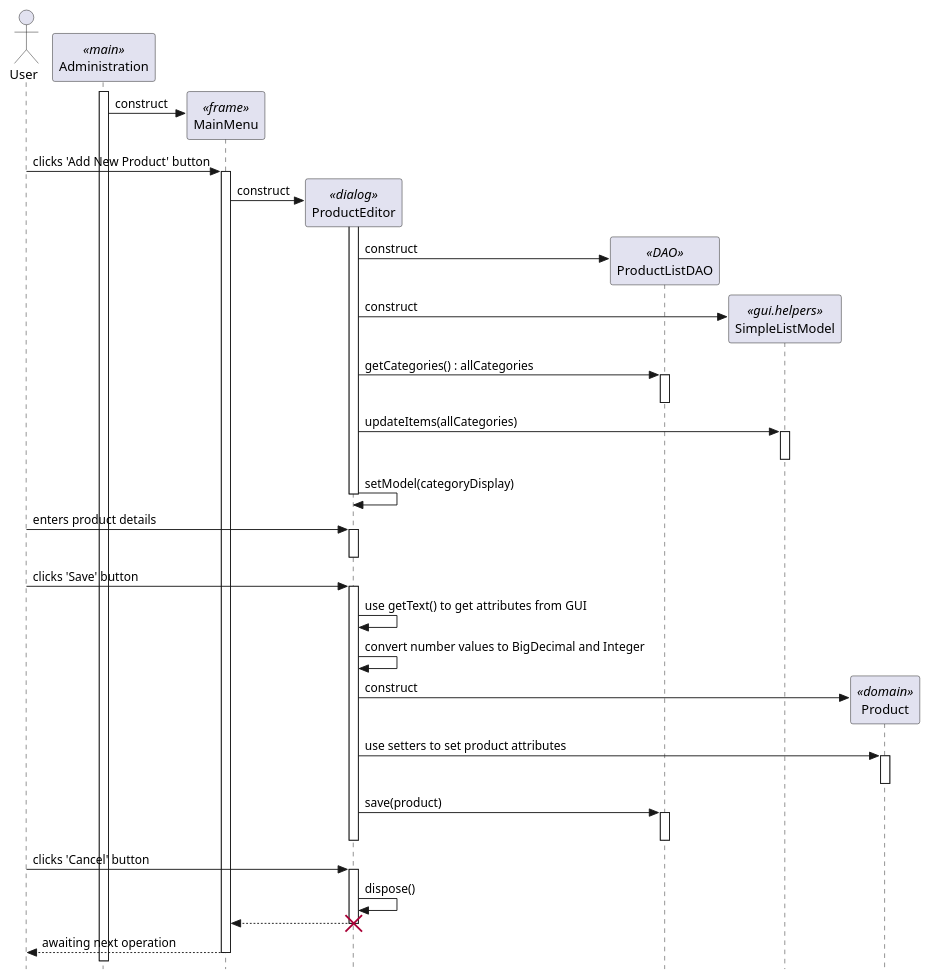
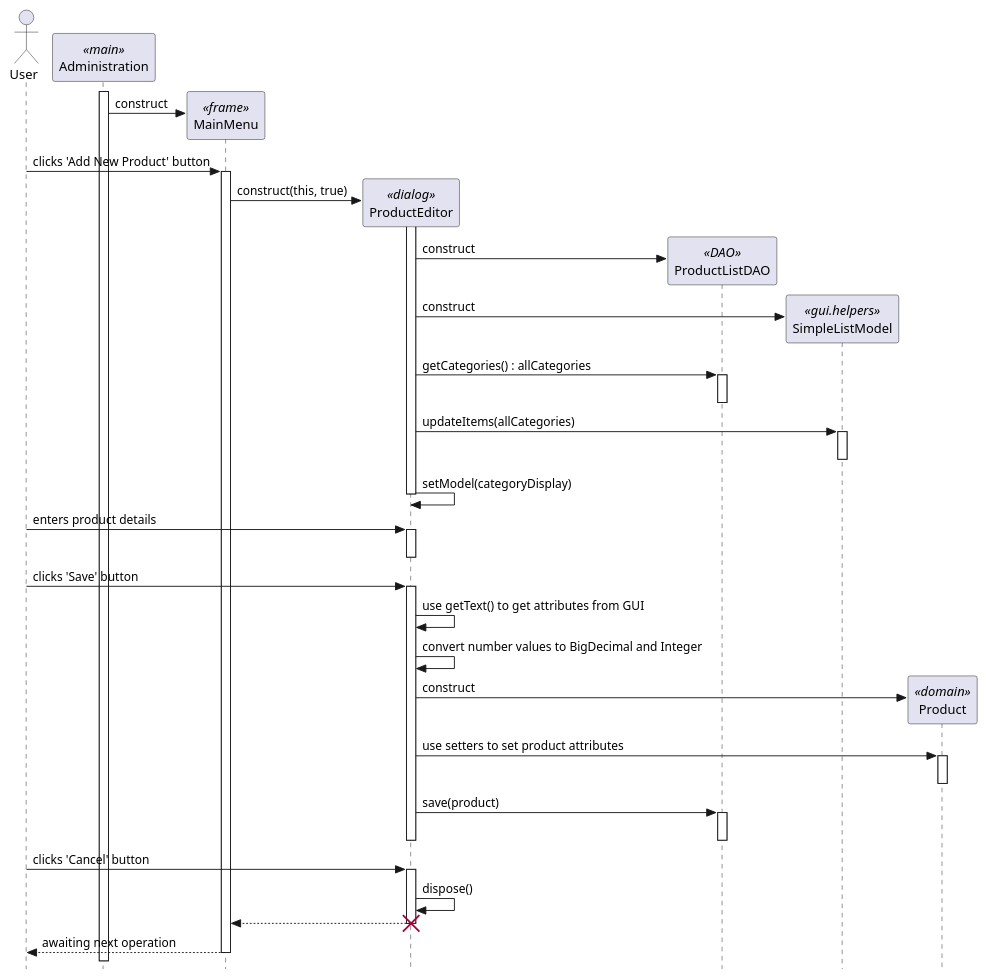
One commit to nikolahmcwin/shoppingSystem-info202 changed the diagram in addNewProduct.puml. Above: the diagram before and after it, drawn with PlantUML. The commit also changed 3 other files, not shown here.

Commit message:
final changes to Sequence diagrams. Closes #6.

```diff
--- a/addNewProduct.puml
+++ b/addNewProduct.puml
@@ -1,83 +1,83 @@
 @startuml
 
 ' use strict UML mode
 skinparam style strictuml
 
 ' create actor user
 actor "User" as user
 
 ' create main adminstration 
 participant "Administration" as main <<main>>
 main++
 
 ' create main menu frame
 create "MainMenu" as menu <<frame>>
 main -> menu : construct
 
 user -> menu++ : clicks 'Add New Product' button
 
 ' create product editor dialog
 create "ProductEditor" as editor <<dialog>>
-menu -> editor : construct
+menu -> editor : construct(this, true)
 
 editor++
 
 ' create a DAO
 create "ProductListDAO" as dao <<DAO>>
 editor -> dao : construct 
 
 ' create the simple model list
 create "SimpleListModel" as modellist <<gui.helpers>>
 editor -> modellist : construct
 
 ' retrieve all categories from dao
 editor -> dao++ : getCategories() : allCategories
 dao--
 
 ' set Simple Model List with categories
 editor -> modellist++ : updateItems(allCategories)
 modellist--
 
 ' update combo box to show categories
 editor -> editor : setModel(categoryDisplay)
 
 editor--
 
 ' user enters product details and clicks the save product button
 user -> editor++ : enters product details
 editor--
 
 user -> editor++ : clicks 'Save' button
 
 ' self interactions to pull text and run conversions
 editor -> editor : use getText() to get attributes from GUI
 editor -> editor : convert number values to BigDecimal and Integer
 
 ' create a Product
 create "Product" as product <<domain>>
 editor -> product : construct
 
 ' set product attributes
 editor -> product++ : use setters to set product attributes
 product-- 
 
 
 'editor -> editor : System.out.println(product)
 
 ' save product to dao
 editor -> dao++ : save(product)
 dao--
 
 editor--
 
 ' dispose dialog
 user -> editor++ : clicks 'Cancel' button
 editor -> editor : dispose()
 
 ' show control returning to menu as editor closes
 editor --> menu 
 destroy editor
 
 menu --> user-- : awaiting next operation
 
 @enduml
```
